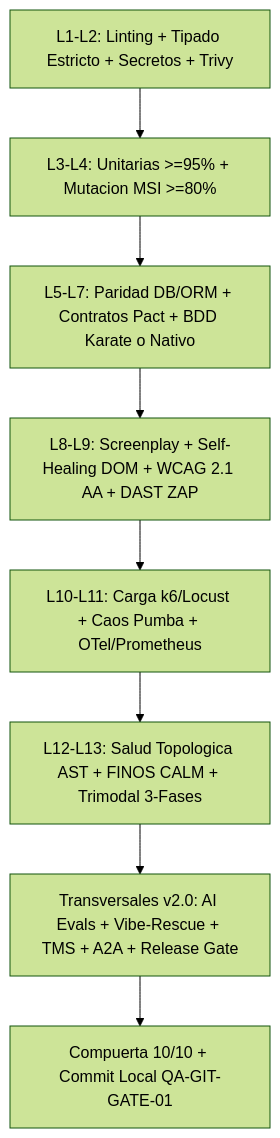
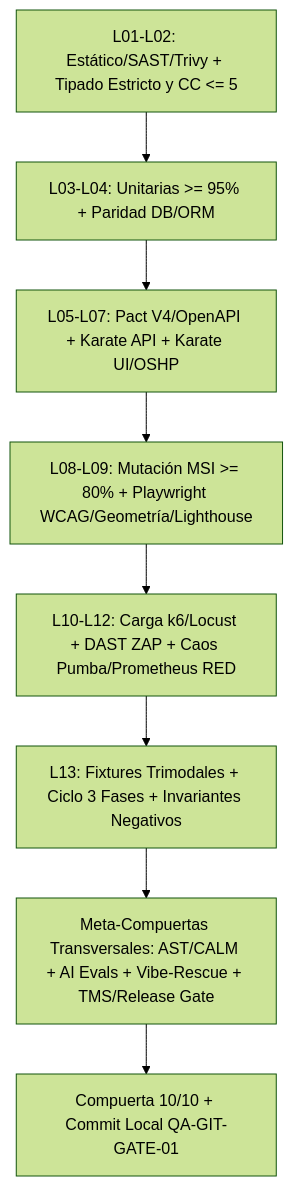
The diagram in docs/01_ARQUITECTURA_PIRAMIDE_11X.es.md (tecno-consultores/qa-testing-blueprints), drawn with Mermaid (forest theme) before and after one commit. The commit also changed other lines of this file and 304 other files, not shown here.

````diff
--- a/docs/01_ARQUITECTURA_PIRAMIDE_11X.es.md
+++ b/docs/01_ARQUITECTURA_PIRAMIDE_11X.es.md
@@ -31,10 +31,10 @@
 ```mermaid
 flowchart TD
-    L01["L1-L2: Linting + Tipado Estricto + Secretos + Trivy"] --> L03["L3-L4: Unitarias >=95% + Mutacion MSI >=80%"]
-    L03 --> L05["L5-L7: Paridad DB/ORM + Contratos Pact + BDD Karate o Nativo"]
-    L05 --> L08["L8-L9: Screenplay + Self-Healing DOM + WCAG 2.1 AA + DAST ZAP"]
-    L08 --> L10["L10-L11: Carga k6/Locust + Caos Pumba + OTel/Prometheus"]
-    L10 --> L12["L12-L13: Salud Topologica AST + FINOS CALM + Trimodal 3-Fases"]
-    L12 --> Transversal["Transversales v2.0: AI Evals + Vibe-Rescue + TMS + A2A + Release Gate"]
+    L01["L01-L02: Estático/SAST/Trivy + Tipado Estricto y CC <= 5"] --> L03["L03-L04: Unitarias >= 95% + Paridad DB/ORM"]
+    L03 --> L05["L05-L07: Pact V4/OpenAPI + Karate API + Karate UI/OSHP"]
+    L05 --> L08["L08-L09: Mutación MSI >= 80% + Playwright WCAG/Geometría/Lighthouse"]
+    L08 --> L10["L10-L12: Carga k6/Locust + DAST ZAP + Caos Pumba/Prometheus RED"]
+    L10 --> L13["L13: Fixtures Trimodales + Ciclo 3 Fases + Invariantes Negativos"]
+    L13 --> Transversal["Meta-Compuertas Transversales: AST/CALM + AI Evals + Vibe-Rescue + TMS/Release Gate"]
     Transversal --> Closure["Compuerta 10/10 + Commit Local QA-GIT-GATE-01"]
 ```
````
